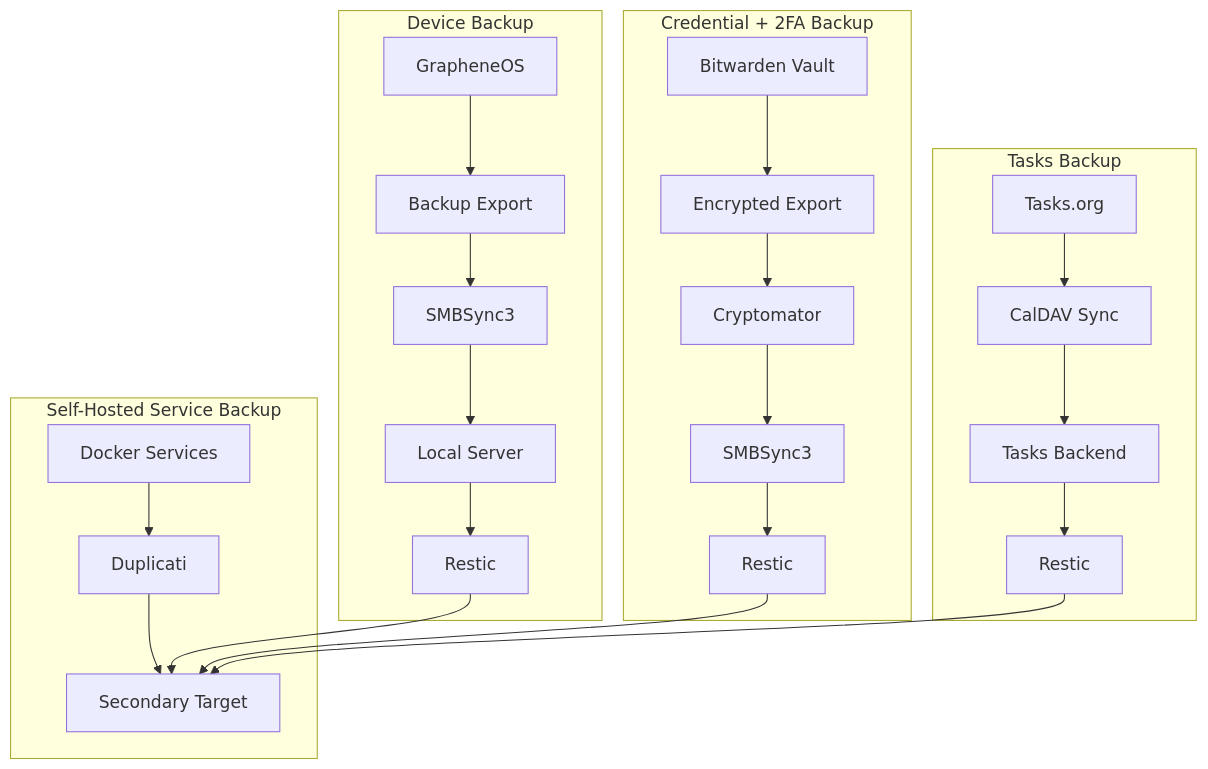
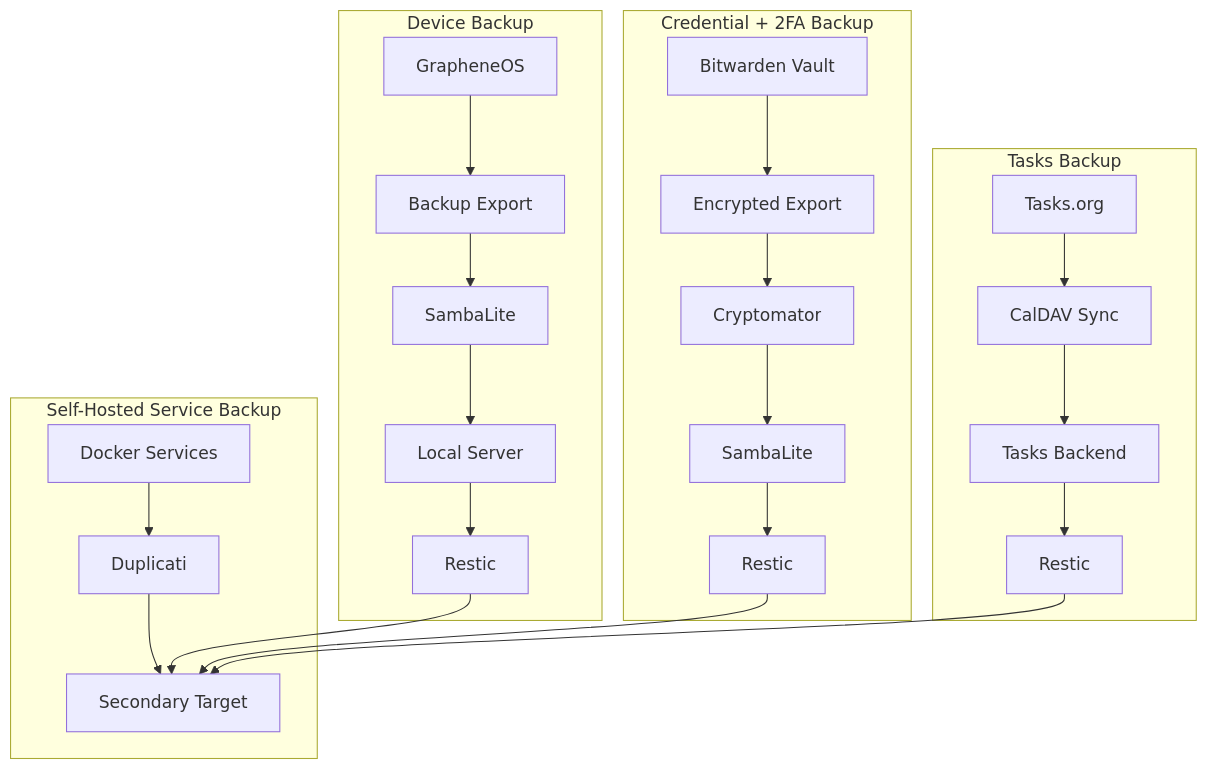
The fifth of 6 diagrams in README.md (Kf1sh27/DeGoogle), drawn with Mermaid before and after one commit. The commit also changed other lines of this file, not shown here.

Commit message:
Replace SMBSync3 references with SambaLite in README

````diff
--- a/README.md
+++ b/README.md
@@ -239,18 +239,18 @@
 ```mermaid
 flowchart TB
     subgraph DeviceBackup["Device Backup"]
-        GOS2[GrapheneOS] --> BExport[Backup Export] --> Sync1[SMBSync3] --> Srv1[Local Server] --> R1[Restic]
+        GOS2[GrapheneOS] --> BExport[Backup Export] --> Sync1[SambaLite] --> Srv1[Local Server] --> R1[Restic]
     end
     subgraph TasksBackup["Tasks Backup"]
         Tasks[Tasks.org] --> TasksSync[CalDAV Sync] --> TasksServer[Tasks Backend] --> R3[Restic]
     end
     subgraph CredBackup["Credential + 2FA Backup"]
-        BW2[Bitwarden Vault] --> BWExport[Encrypted Export] --> Crypto[Cryptomator] --> Sync2[SMBSync3] --> R2[Restic]
+        BW2[Bitwarden Vault] --> BWExport[Encrypted Export] --> Crypto[Cryptomator] --> Sync2[SambaLite] --> R2[Restic]
     end
     subgraph ServiceBackup["Self-Hosted Service Backup"]
         Docker[Docker Services] --> Dup[Duplicati] --> Secondary[Secondary Target]
     end
     R1 --> Secondary
     R2 --> Secondary
     R3 --> Secondary
 ```
````
